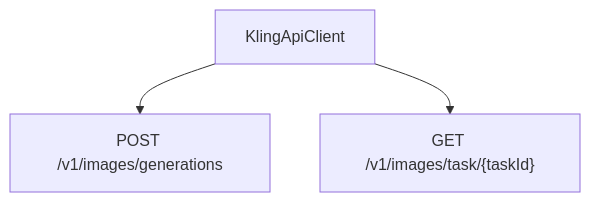
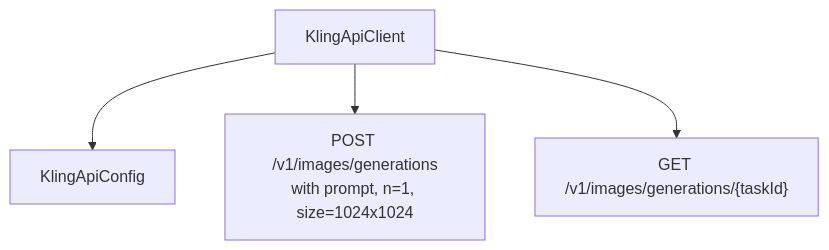
The fifth of 6 diagrams in .qoder/repowiki/en/content/Core Features/Authentication System.md (cripnail/kling_app), drawn with Mermaid before and after one commit. The commit also changed other lines of this file and 15 other files, not shown here.

````diff
--- a/.qoder/repowiki/en/content/Core Features/Authentication System.md
+++ b/.qoder/repowiki/en/content/Core Features/Authentication System.md
@@ -188,8 +224,10 @@
 ```mermaid
 graph TB
 Client["KlingApiClient"]
-Gen["POST /v1/images/generations"]
-Status["GET /v1/images/task/{taskId}"]
+Config["KlingApiConfig"]
+Gen["POST /v1/images/generations<br/>with prompt, n=1, size=1024x1024"]
+Status["GET /v1/images/generations/{taskId}"]
+Client --> Config
 Client --> Gen
 Client --> Status
 ```
````
